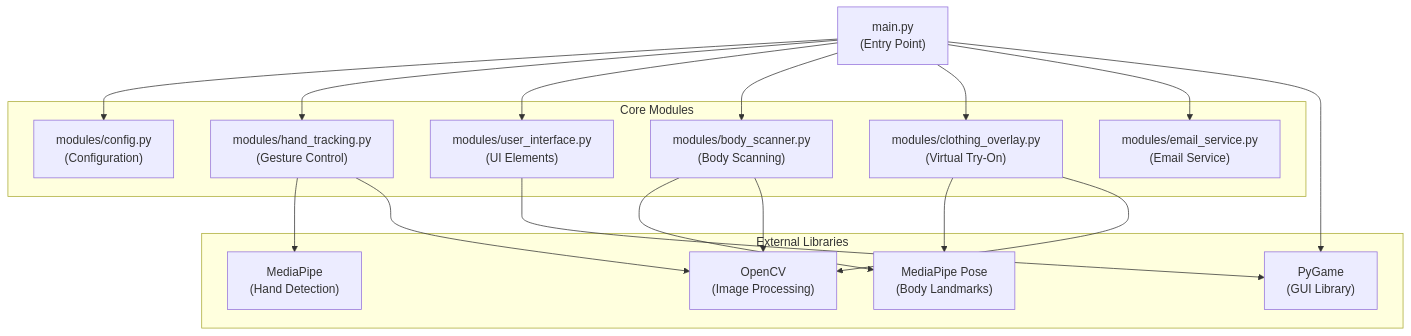
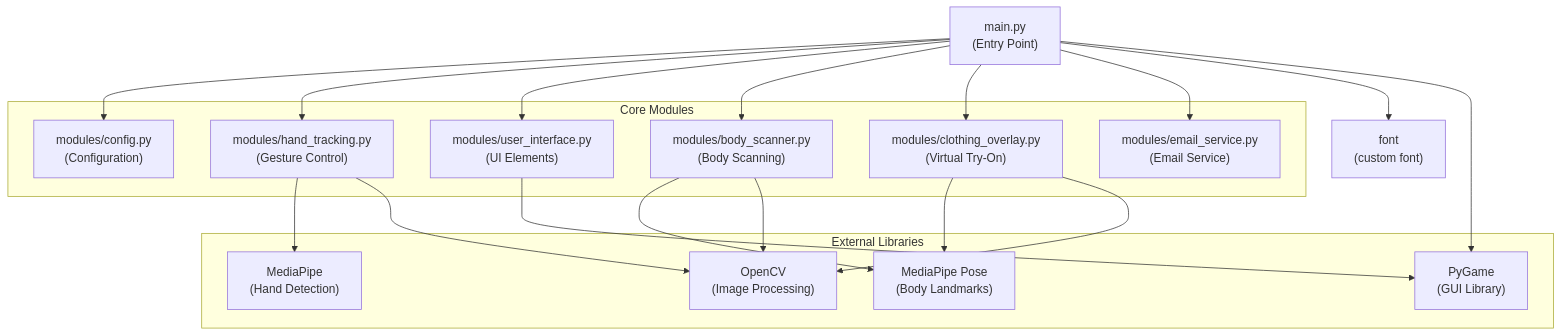
One commit to Blindheroes/Final-virtual-tryon-game changed the diagram in project_structure.mermaid. Above: the diagram before and after it, drawn with Mermaid. The commit also changed 33 other files, not shown here.

```diff
--- a/project_structure.mermaid
+++ b/project_structure.mermaid
@@ -1,34 +1,35 @@
 graph TD
     main["main.py\n(Entry Point)"] --> config["modules/config.py\n(Configuration)"]
     main --> hand["modules/hand_tracking.py\n(Gesture Control)"]
     main --> ui["modules/user_interface.py\n(UI Elements)"]
     main --> body["modules/body_scanner.py\n(Body Scanning)"]
     main --> clothing["modules/clothing_overlay.py\n(Virtual Try-On)"]
     main --> email["modules/email_service.py\n(Email Service)"]
+    main --> font["font\n(custom font)"]
     
     hand --> mp["MediaPipe\n(Hand Detection)"]
     clothing --> pose["MediaPipe Pose\n(Body Landmarks)"]
     body --> pose
     
     ui --> pygame["PyGame\n(GUI Library)"]
     main --> pygame
     
     clothing --> cv2["OpenCV\n(Image Processing)"]
     hand --> cv2
     body --> cv2
     
     subgraph "External Libraries"
         mp
         pose
         pygame
         cv2
     end
     
     subgraph "Core Modules"
         config
         hand
         ui
         body
         clothing
         email
     end
```
